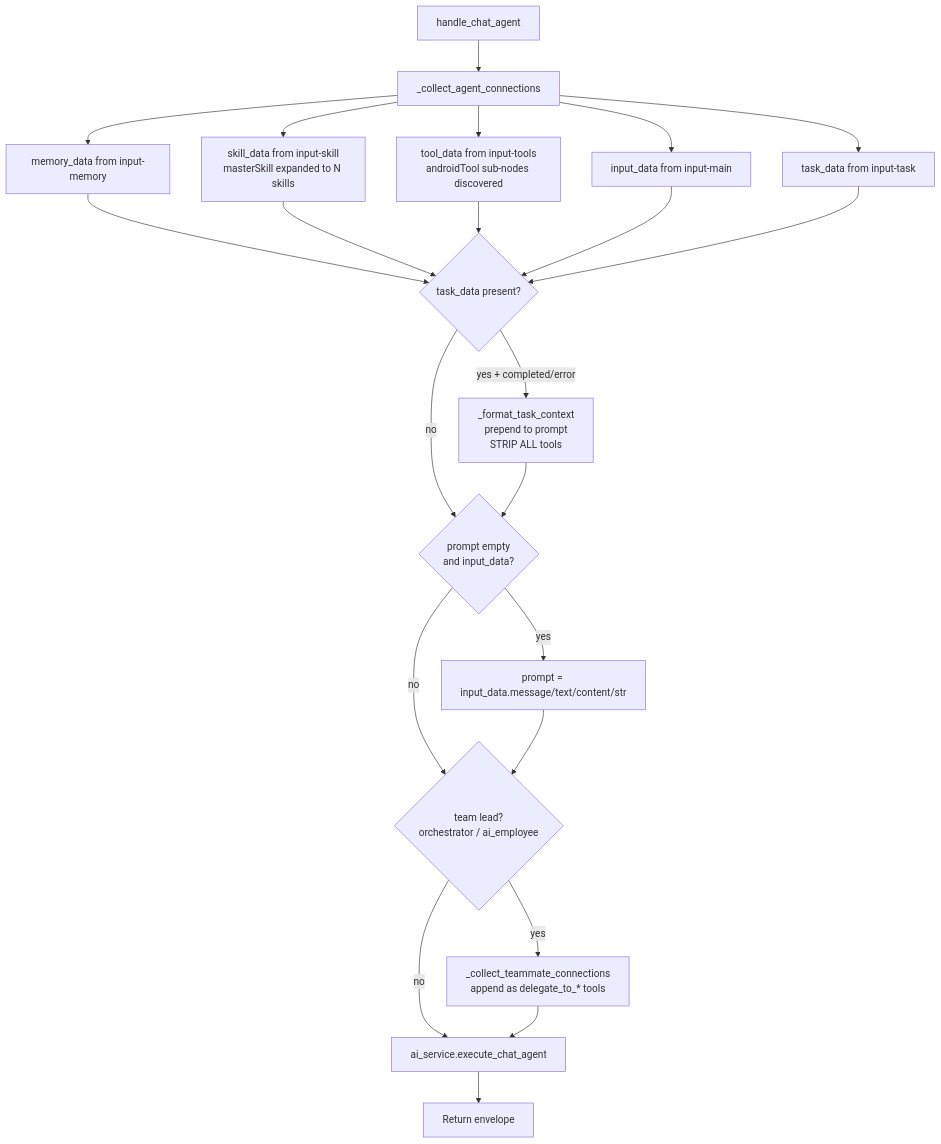
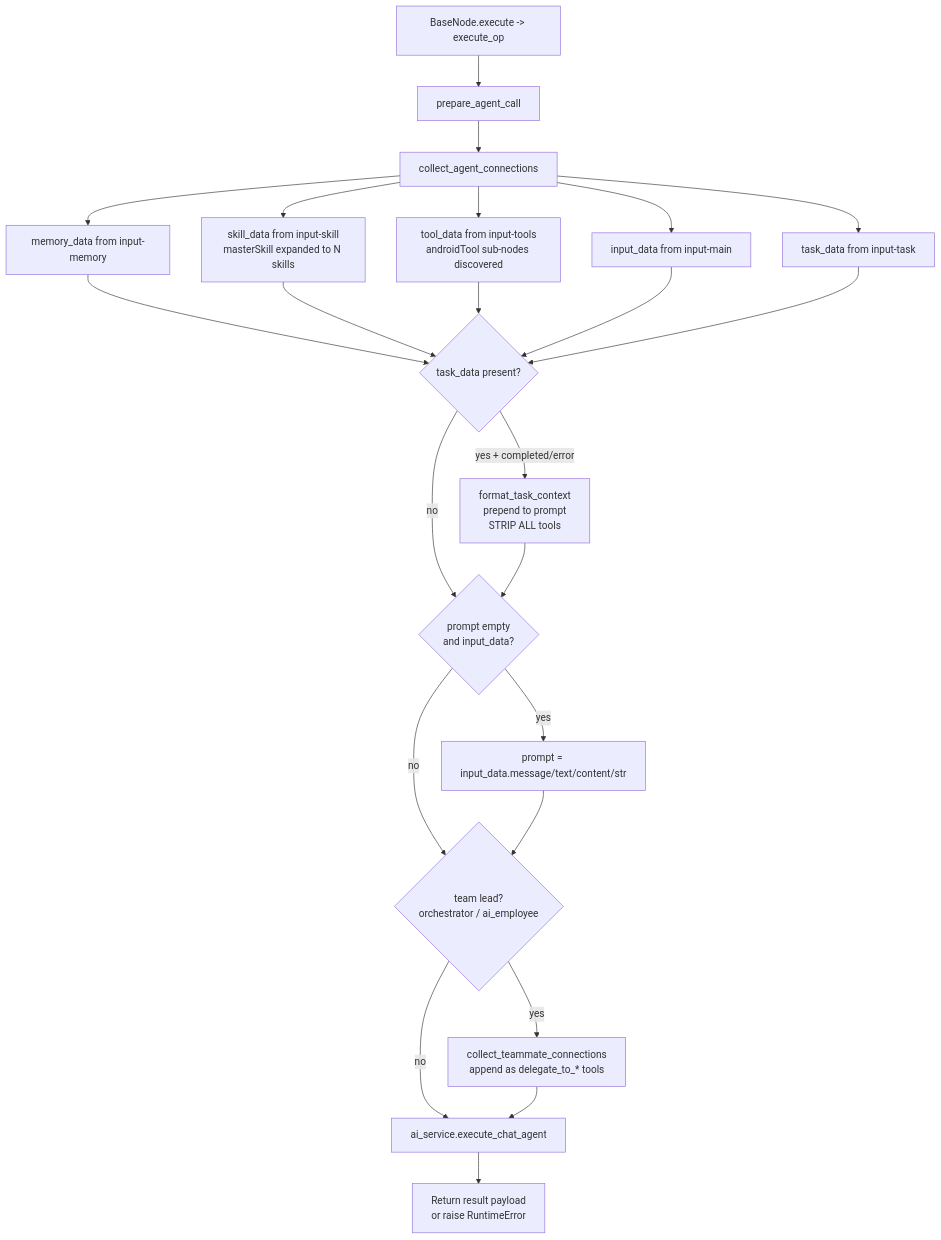
Before and after one commit to zeenie-ai/OpenCompany: the diagram in docs-internal/node-logic-flows/specialized_agents/_pattern.md, drawn with Mermaid. The commit also changed other lines of this file and 132 other files, not shown here.

````diff
--- a/docs-internal/node-logic-flows/specialized_agents/_pattern.md
+++ b/docs-internal/node-logic-flows/specialized_agents/_pattern.md
@@ -93,24 +105,25 @@
 ```mermaid
 flowchart TD
-  A[handle_chat_agent] --> B[_collect_agent_connections]
+  A[BaseNode.execute -> execute_op] --> P[prepare_agent_call]
+  P --> B[collect_agent_connections]
   B --> B1[memory_data from input-memory]
   B --> B2[skill_data from input-skill<br/>masterSkill expanded to N skills]
   B --> B3[tool_data from input-tools<br/>androidTool sub-nodes discovered]
   B --> B4[input_data from input-main]
   B --> B5[task_data from input-task]
   B1 --> C{task_data present?}
   B2 --> C
   B3 --> C
   B4 --> C
   B5 --> C
-  C -- yes + completed/error --> D[_format_task_context<br/>prepend to prompt<br/>STRIP ALL tools]
+  C -- yes + completed/error --> D[format_task_context<br/>prepend to prompt<br/>STRIP ALL tools]
   C -- no --> E{prompt empty<br/>and input_data?}
   D --> E
   E -- yes --> F[prompt = input_data.message/text/content/str]
   E -- no --> G{team lead?<br/>orchestrator / ai_employee}
   F --> G
-  G -- yes --> H[_collect_teammate_connections<br/>append as delegate_to_* tools]
+  G -- yes --> H[collect_teammate_connections<br/>append as delegate_to_* tools]
   G -- no --> I[ai_service.execute_chat_agent]
   H --> I
-  I --> J[Return envelope]
+  I --> J[Return result payload<br/>or raise RuntimeError]
 ```
````
